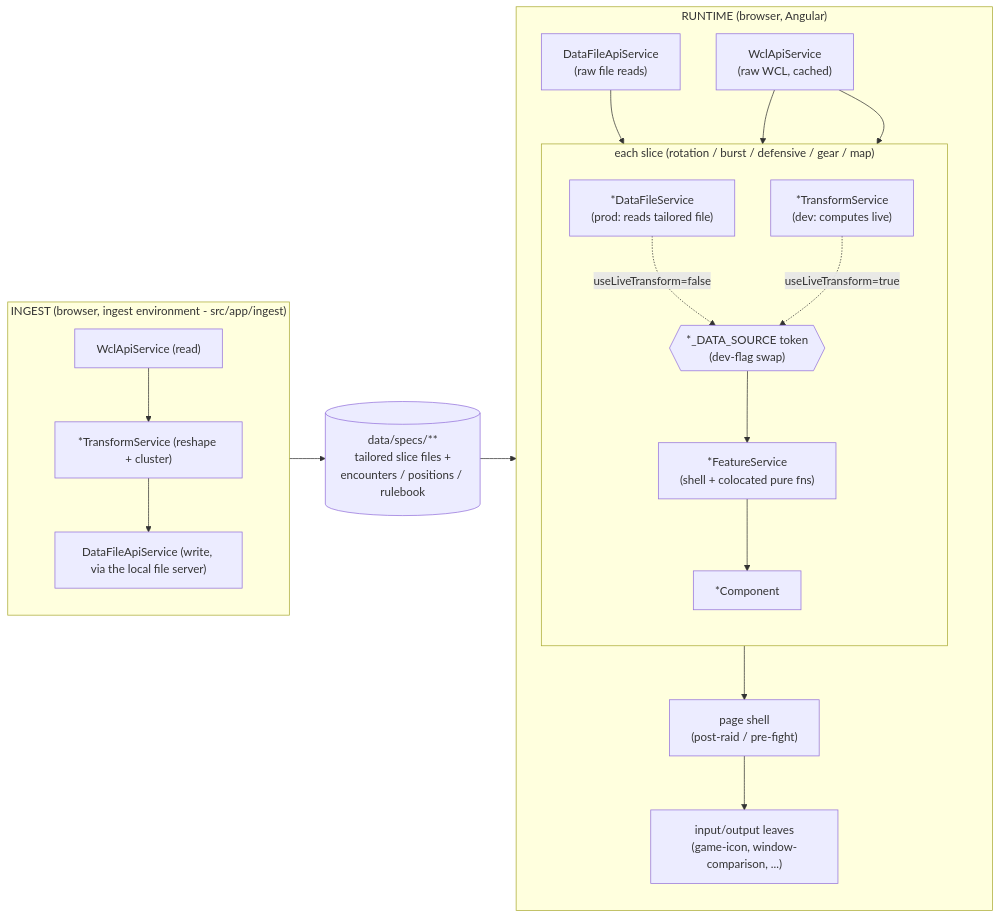
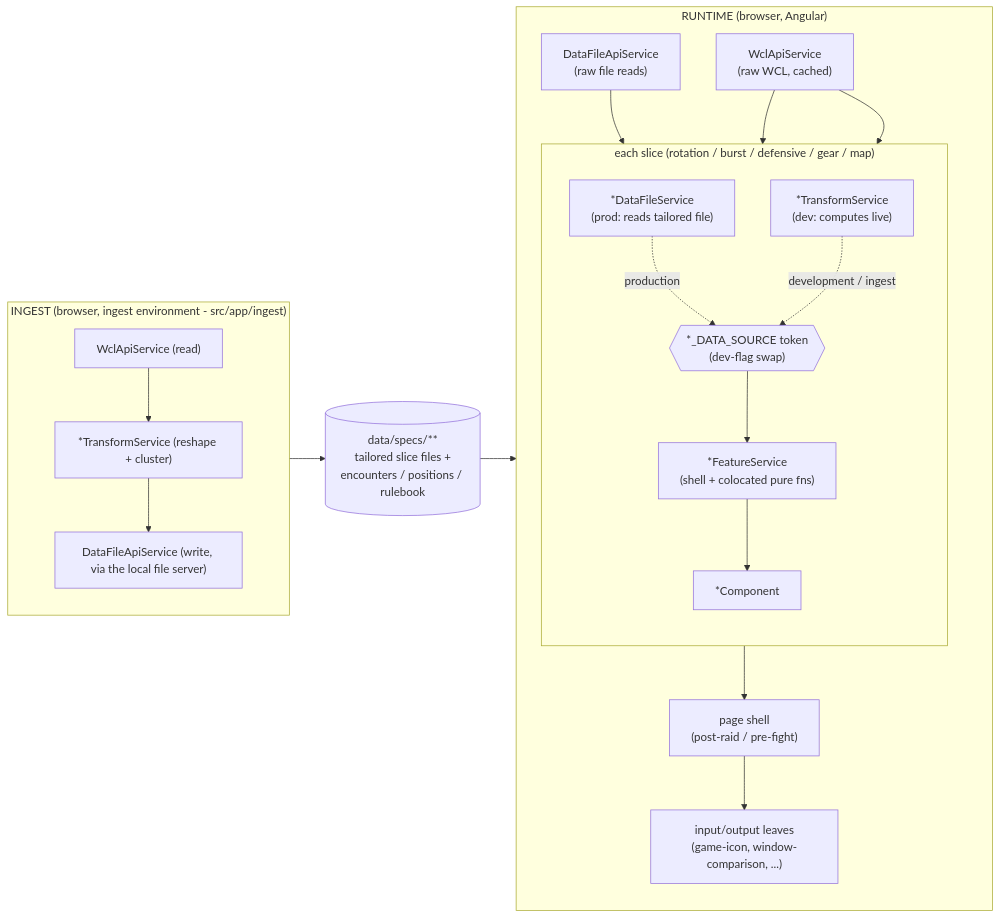
One commit to ZeroRinzler/parse-assistant changed the diagram in .claude/skills/warcraft-architecture/SKILL.md. Above: the diagram before and after it, drawn with Mermaid. The commit also changed other lines of this file and 20 other files, not shown here.

````diff
--- a/.claude/skills/warcraft-architecture/SKILL.md
+++ b/.claude/skills/warcraft-architecture/SKILL.md
@@ -48,37 +48,37 @@
 ```mermaid
 flowchart LR
   subgraph Ingest["INGEST (browser, ingest environment - src/app/ingest)"]
     direction TB
     IW["WclApiService (read)"] --> IT["*TransformService (reshape + cluster)"]
     IT --> ID["DataFileApiService (write, via the local file server)"]
   end
 
   ID --> DATA[("data/specs/**<br/>tailored slice files +<br/>encounters / positions / rulebook")]
 
   subgraph Runtime["RUNTIME (browser, Angular)"]
     direction TB
     WCL["WclApiService<br/>(raw WCL, cached)"]
     DFA["DataFileApiService<br/>(raw file reads)"]
 
     subgraph Slice["each slice (rotation / burst / defensive / gear / map)"]
       direction TB
       TOK{{"*_DATA_SOURCE token<br/>(dev-flag swap)"}}
       DFS["*DataFileService<br/>(prod: reads tailored file)"]
       TRS["*TransformService<br/>(dev: computes live)"]
       FS["*FeatureService<br/>(shell + colocated pure fns)"]
       CMP["*Component"]
-      DFS -. "useLiveTransform=false" .-> TOK
-      TRS -. "useLiveTransform=true" .-> TOK
+      DFS -. "production" .-> TOK
+      TRS -. "development / ingest" .-> TOK
       TOK --> FS
       FS --> CMP
     end
 
     DFA --> DFS
     WCL --> TRS
     WCL --> FS
     CMP --> PAGE["page shell<br/>(post-raid / pre-fight)"]
     PAGE --> LEAF["input/output leaves<br/>(game-icon, window-comparison, ...)"]
   end
 
   DATA --> DFA
 ```
````
